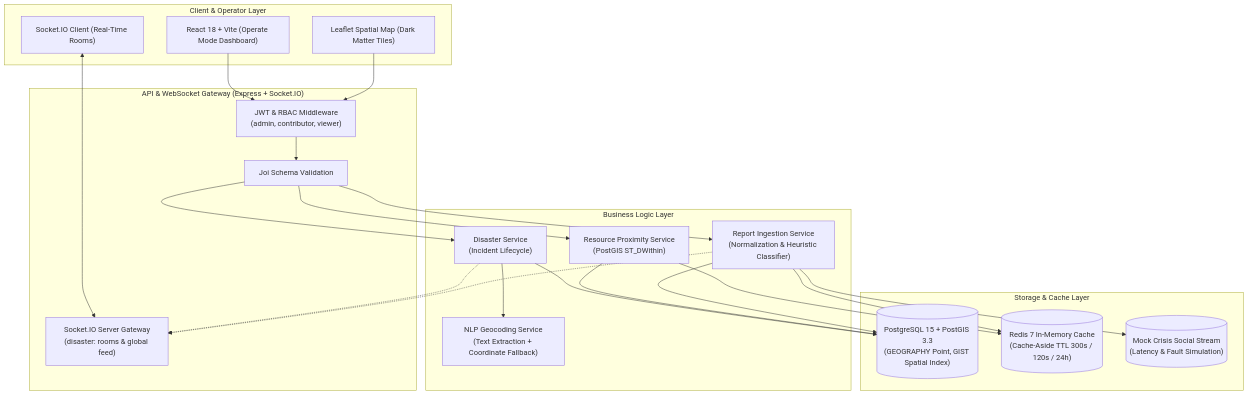
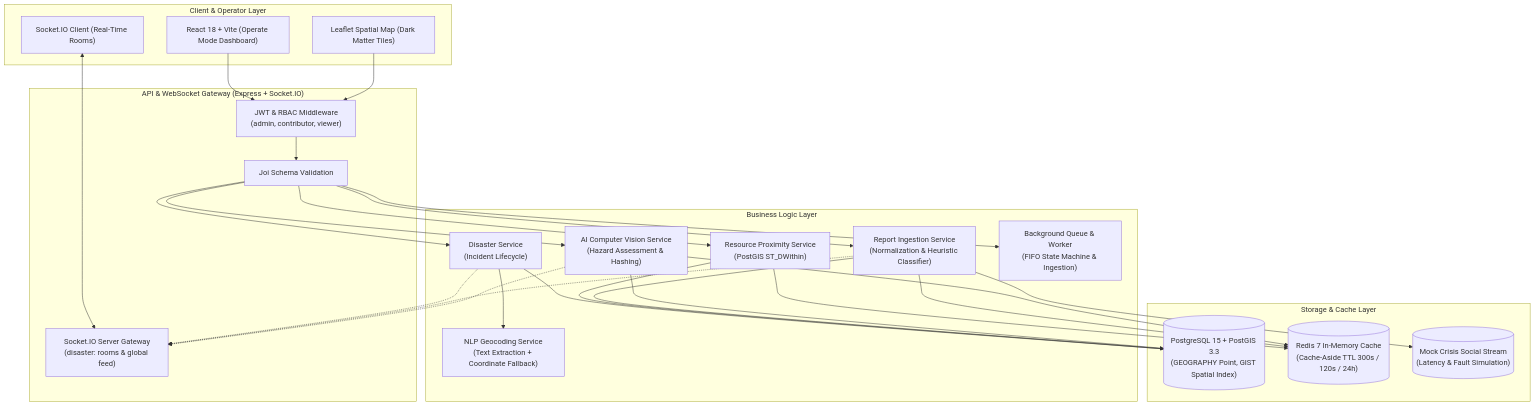
Before and after one commit to surajkumar11292/Santrionn_Project: the first of 2 diagrams in README.md, drawn with Mermaid. The commit also changed other lines of this file and 20 other files, not shown here.

````diff
--- a/README.md
+++ b/README.md
@@ -42,48 +127,56 @@
 ```mermaid
 flowchart TD
     subgraph ClientLayer["Client & Operator Layer"]
         UI["React 18 + Vite (Operate Mode Dashboard)"]
         Map["Leaflet Spatial Map (Dark Matter Tiles)"]
         SocketClient["Socket.IO Client (Real-Time Rooms)"]
     end
 
     subgraph GatewayLayer["API & WebSocket Gateway (Express + Socket.IO)"]
         AuthMiddleware["JWT & RBAC Middleware\n(admin, contributor, viewer)"]
         JoiValidator["Joi Schema Validation"]
         SocketGateway["Socket.IO Server Gateway\n(disaster:<id> rooms & global feed)"]
     end
 
     subgraph ServiceLayer["Business Logic Layer"]
         DisasterService["Disaster Service\n(Incident Lifecycle)"]
         GeoService["NLP Geocoding Service\n(Text Extraction + Coordinate Fallback)"]
         ResourceService["Resource Proximity Service\n(PostGIS ST_DWithin)"]
         ReportService["Report Ingestion Service\n(Normalization & Heuristic Classifier)"]
+        ImageService["AI Computer Vision Service\n(Hazard Assessment & Hashing)"]
+        QueueService["Background Queue & Worker\n(FIFO State Machine & Ingestion)"]
     end
 
     subgraph DataLayer["Storage & Cache Layer"]
         Postgres[("PostgreSQL 15 + PostGIS 3.3\n(GEOGRAPHY Point, GIST Spatial Index)")]
         RedisCache[("Redis 7 In-Memory Cache\n(Cache-Aside TTL 300s / 120s / 24h)")]
         ExternalSocial[("Mock Crisis Social Stream\n(Latency & Fault Simulation)")]
     end
 
     UI --> AuthMiddleware
     Map --> AuthMiddleware
     SocketClient <--> SocketGateway
 
     AuthMiddleware --> JoiValidator
     JoiValidator --> DisasterService
     JoiValidator --> ResourceService
     JoiValidator --> ReportService
+    JoiValidator --> ImageService
+    JoiValidator --> QueueService
 
     DisasterService --> GeoService
     DisasterService --> Postgres
     DisasterService -.-> SocketGateway
 
     ResourceService --> RedisCache
     ResourceService --> Postgres
 
     ReportService --> RedisCache
     ReportService --> ExternalSocial
     ReportService --> Postgres
     ReportService -.-> SocketGateway
+
+    ImageService --> RedisCache
+    ImageService --> Postgres
+    ImageService -.-> SocketGateway
 ```
````
